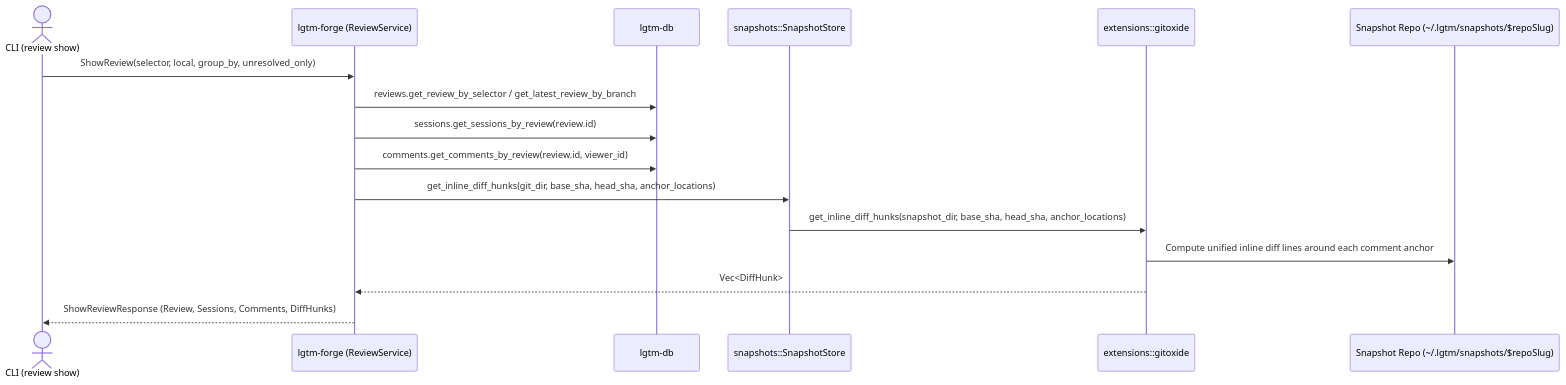
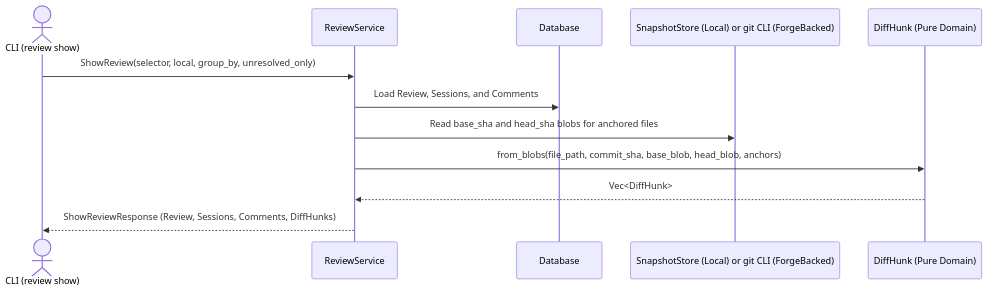
The sixth of 11 diagrams in docs/architecture/forge/index.md (difflab-io/lgtm), drawn with Mermaid before and after one commit. The commit also changed other lines of this file and 26 other files, not shown here.

Commit message:
feat(forge,cli): isolate local snapshot store, purify domain models, and refine authorship

````diff
--- a/docs/architecture/forge/index.md
+++ b/docs/architecture/forge/index.md
@@ -395,19 +379,15 @@
 ```mermaid
 sequenceDiagram
     actor Caller as CLI (review show)
-    participant Service as lgtm-forge (ReviewService)
-    participant DB as lgtm-db
-    participant SnapStore as snapshots::SnapshotStore
-    participant Gix as extensions::gitoxide
-    participant Snapshot as Snapshot Repo (~/.lgtm/snapshots/$repoSlug)
+    participant Service as ReviewService
+    participant DB as Database
+    participant VCS as SnapshotStore (Local) or git CLI (ForgeBacked)
+    participant Diff as DiffHunk (Pure Domain)
 
     Caller->>Service: ShowReview(selector, local, group_by, unresolved_only)
-    Service->>DB: reviews.get_review_by_selector / get_latest_review_by_branch
-    Service->>DB: sessions.get_sessions_by_review(review.id)
-    Service->>DB: comments.get_comments_by_review(review.id, viewer_id)
-    Service->>SnapStore: get_inline_diff_hunks(git_dir, base_sha, head_sha, anchor_locations)
-    SnapStore->>Gix: get_inline_diff_hunks(snapshot_dir, base_sha, head_sha, anchor_locations)
-    Gix->>Snapshot: Compute unified inline diff lines around each comment anchor
-    Gix-->>Service: Vec<DiffHunk>
+    Service->>DB: Load Review, Sessions, and Comments
+    Service->>VCS: Read base_sha and head_sha blobs for anchored files
+    Service->>Diff: from_blobs(file_path, commit_sha, base_blob, head_blob, anchors)
+    Diff-->>Service: Vec<DiffHunk>
     Service-->>Caller: ShowReviewResponse (Review, Sessions, Comments, DiffHunks)
 ```
````
